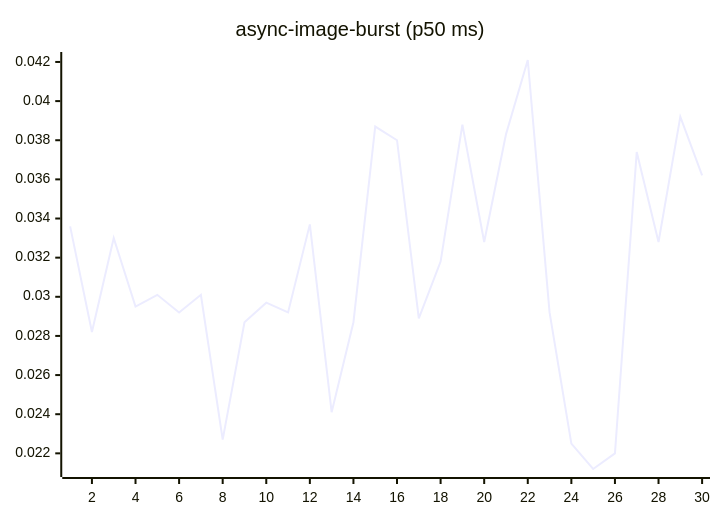
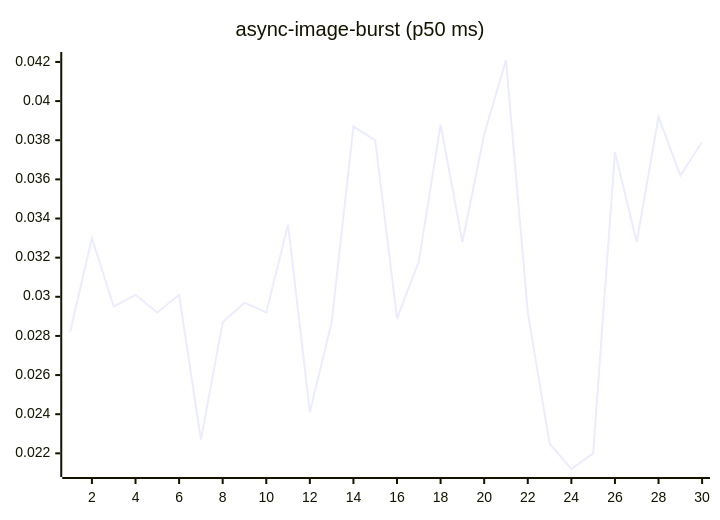
Before and after one commit to josha/Facet: the fourth of 27 diagrams in README.md, drawn with Mermaid. The commit also changed other lines of this file and 2 other files, not shown here.

````diff
--- a/README.md
+++ b/README.md
@@ -84,6 +84,6 @@
 ```mermaid
 xychart-beta
     title "async-image-burst (p50 ms)"
     x-axis 1 --> 30
-    line [0.0336, 0.0282, 0.0330, 0.0295, 0.0301, 0.0292, 0.0301, 0.0227, 0.0287, 0.0297, 0.0292, 0.0337, 0.0241, 0.0287, 0.0387, 0.0380, 0.0289, 0.0318, 0.0388, 0.0328, 0.0383, 0.0421, 0.0292, 0.0225, 0.0212, 0.0220, 0.0374, 0.0328, 0.0392, 0.0362]
+    line [0.0282, 0.0330, 0.0295, 0.0301, 0.0292, 0.0301, 0.0227, 0.0287, 0.0297, 0.0292, 0.0337, 0.0241, 0.0287, 0.0387, 0.0380, 0.0289, 0.0318, 0.0388, 0.0328, 0.0383, 0.0421, 0.0292, 0.0225, 0.0212, 0.0220, 0.0374, 0.0328, 0.0392, 0.0362, 0.0379]
 ```
````
